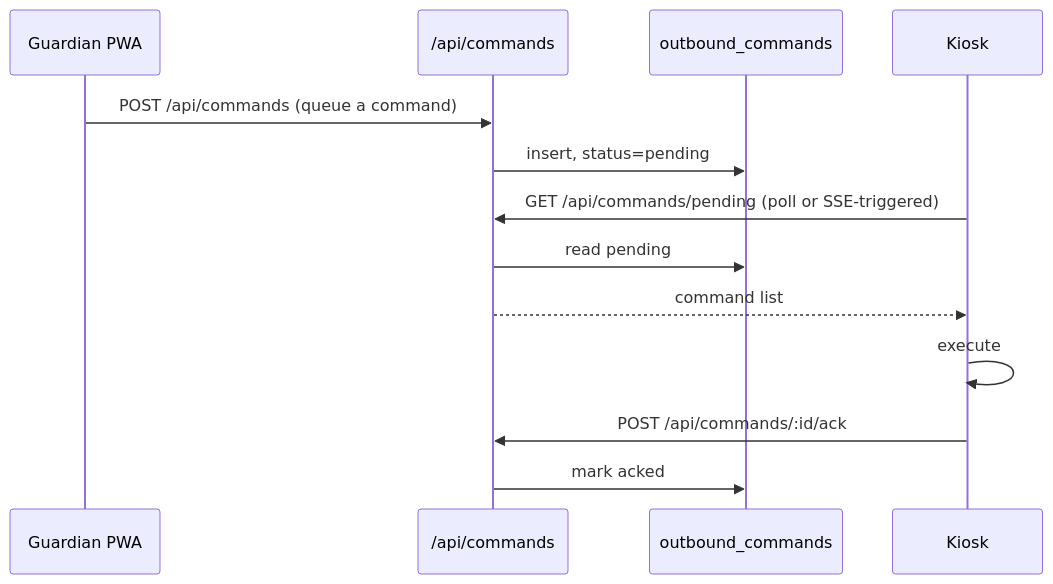
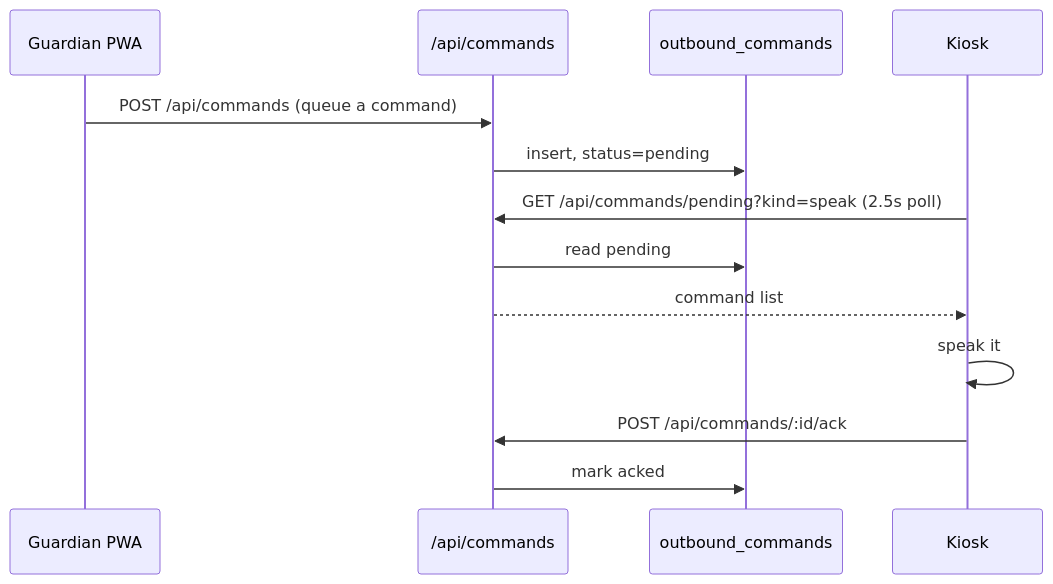
One commit to fredhj0912-hub/silver-care-robot changed the third of 5 diagrams in docs/architecture.md. Above: the diagram before and after it, drawn with Mermaid. The commit also changed other lines of this file and 6 other files, not shown here.

````diff
--- a/docs/architecture.md
+++ b/docs/architecture.md
@@ -83,16 +86,16 @@
 ```mermaid
 sequenceDiagram
     participant G as Guardian PWA
     participant API as /api/commands
     participant DB as outbound_commands
     participant K as Kiosk
 
     G->>API: POST /api/commands (queue a command)
     API->>DB: insert, status=pending
-    K->>API: GET /api/commands/pending (poll or SSE-triggered)
+    K->>API: GET /api/commands/pending?kind=speak (2.5s poll)
     API->>DB: read pending
     API-->>K: command list
-    K->>K: execute
+    K->>K: speak it
     K->>API: POST /api/commands/:id/ack
     API->>DB: mark acked
 ```
````
